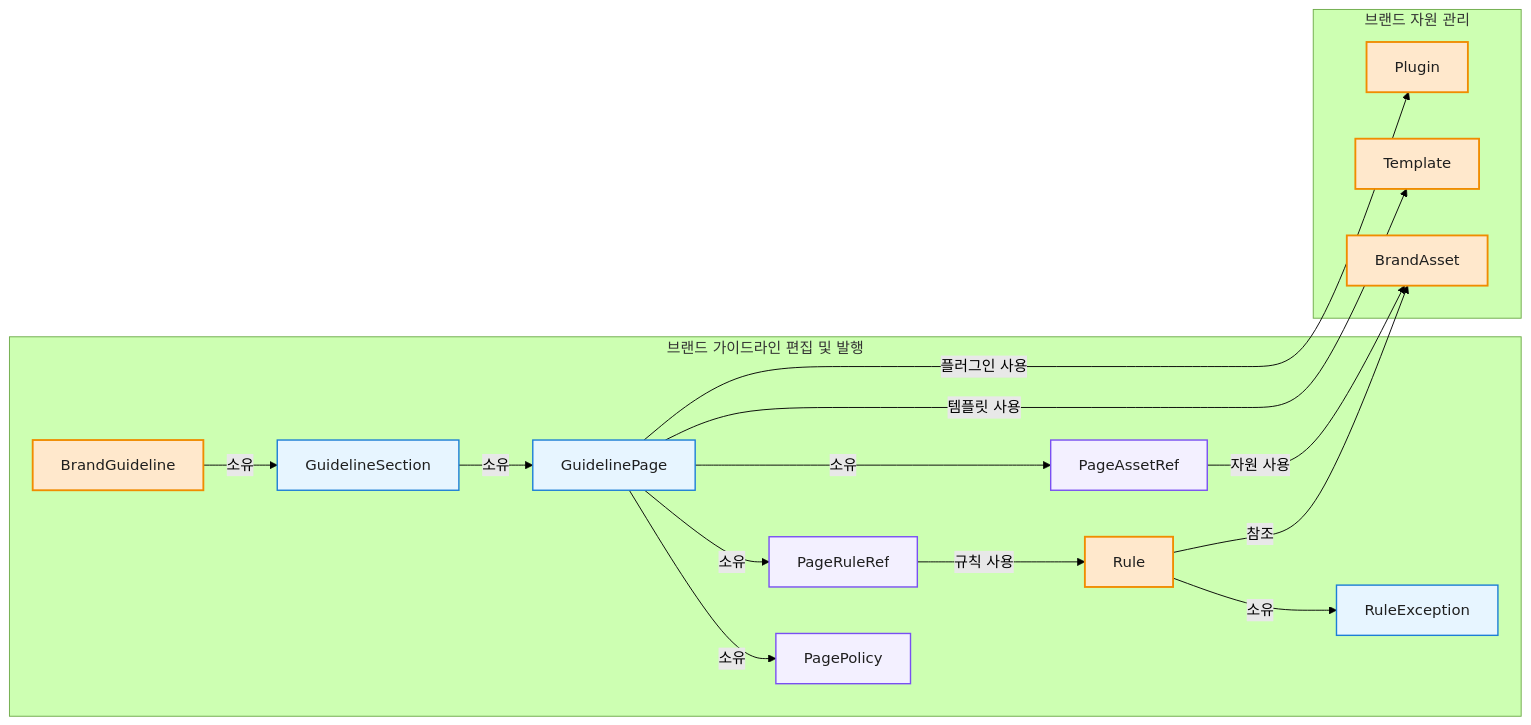
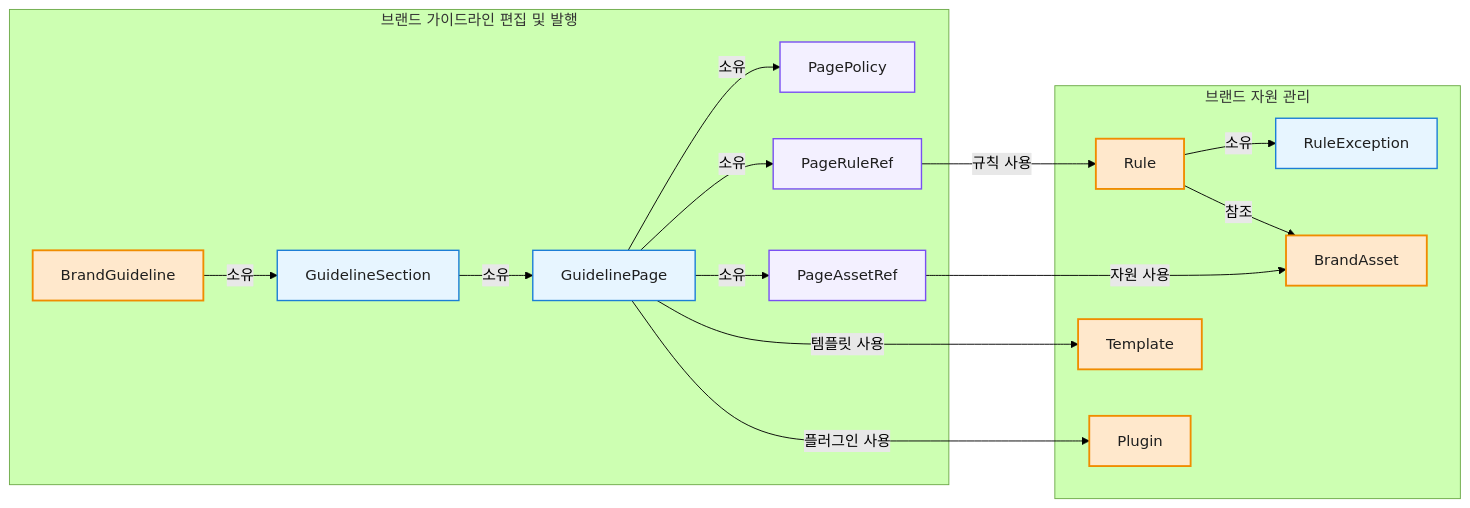
One commit to ewoooo/living-brand-system changed the third of 5 diagrams in docs/04-domain-model.md. Above: the diagram before and after it, drawn with Mermaid (forest theme). The commit also changed other lines of this file and 2 other files, not shown here.

Commit message:
docs: align rule ownership with brand resources

````diff
--- a/docs/04-domain-model.md
+++ b/docs/04-domain-model.md
@@ -256,39 +257,39 @@
 ```mermaid
 flowchart LR
   subgraph Edit["브랜드 가이드라인 편집 및 발행"]
     BrandGuideline["BrandGuideline"]
     Section["GuidelineSection"]
     Page["GuidelinePage"]
     Policy["PagePolicy"]
     PageRuleRefNode["PageRuleRef"]
     PageAssetRefNode["PageAssetRef"]
-    Rule["Rule"]
-    RuleException["RuleException"]
   end
 
   subgraph Resource["브랜드 자원 관리"]
+    Rule["Rule"]
+    RuleException["RuleException"]
     BrandAsset["BrandAsset"]
     Template["Template"]
     Plugin["Plugin"]
   end
 
   BrandGuideline -->|"소유"| Section
   Section -->|"소유"| Page
   Page -->|"소유"| Policy
   Page -->|"소유"| PageRuleRefNode
   PageRuleRefNode -->|"규칙 사용"| Rule
   Rule -->|"소유"| RuleException
   Page -->|"소유"| PageAssetRefNode
   PageAssetRefNode -->|"자원 사용"| BrandAsset
   Page -->|"템플릿 사용"| Template
   Page -->|"플러그인 사용"| Plugin
   Rule -->|"참조"| BrandAsset
 
   classDef aggregate fill:#FFE8CC,stroke:#F08C00,stroke-width:2px,color:#1F1F1F;
   classDef entity fill:#E7F5FF,stroke:#1C7ED6,stroke-width:1.5px,color:#1F1F1F;
   classDef childEntity fill:#F3F0FF,stroke:#7950F2,stroke-width:1.5px,color:#1F1F1F;
 
   class BrandGuideline,Rule,BrandAsset,Template,Plugin aggregate;
   class Section,Page,RuleException entity;
   class Policy,PageRuleRefNode,PageAssetRefNode childEntity;
 ```
````
